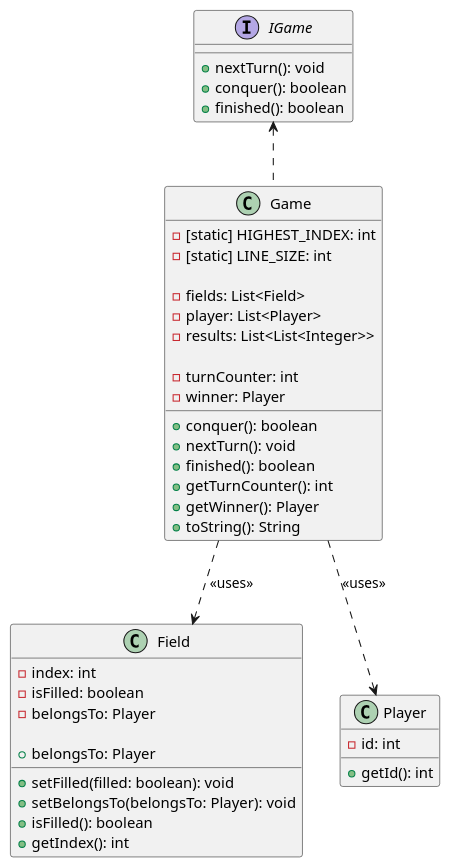
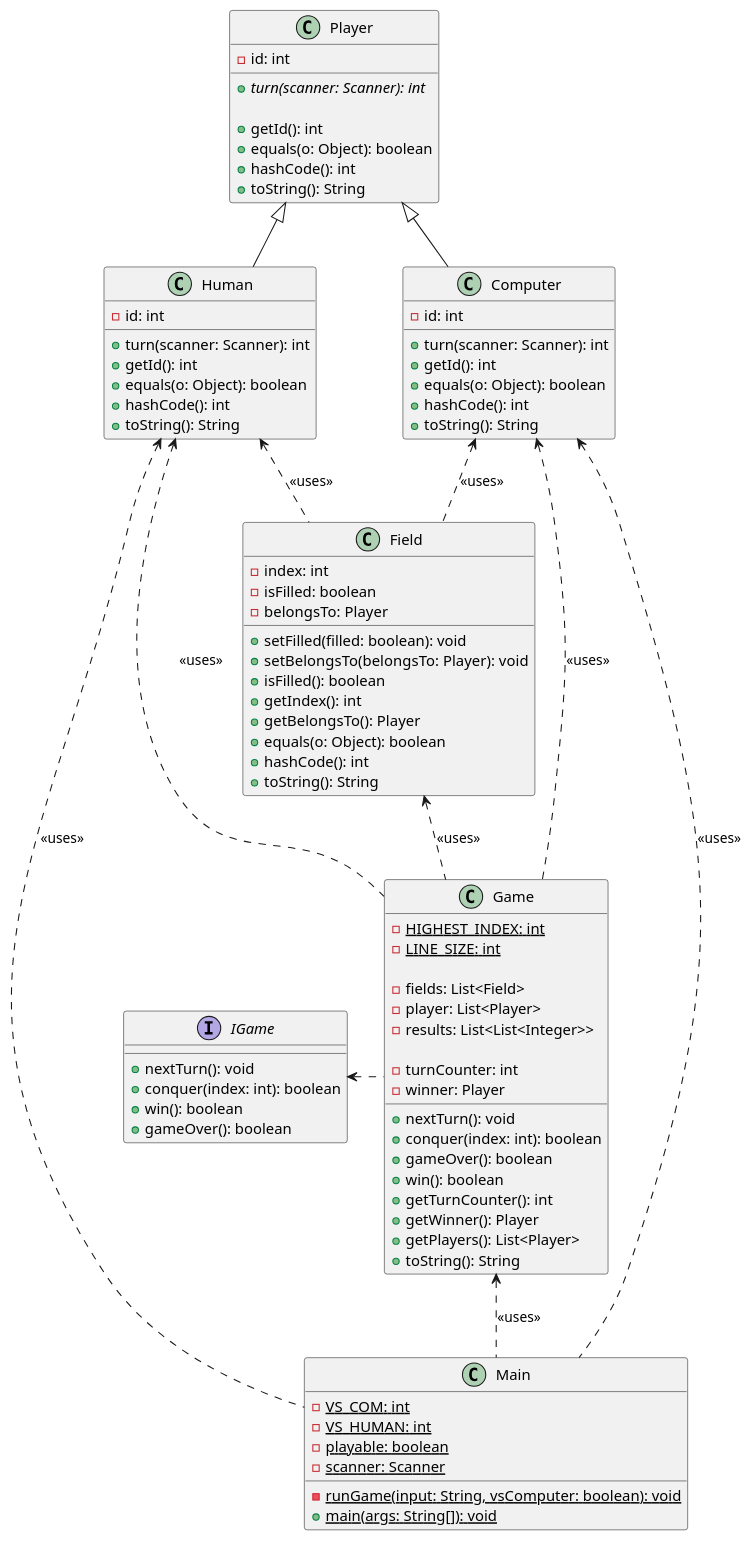
One commit to rnefzger/tictactoe changed the diagram in doc/connections.puml. Above: the diagram before and after it, drawn with PlantUML.

Commit message:
Complete connections.puml

```diff
--- a/doc/connections.puml
+++ b/doc/connections.puml
@@ -1,51 +1,103 @@
 @startuml
 
 class Field {
     -index: int
     -isFilled: boolean
     -belongsTo: Player
 
     +setFilled(filled: boolean): void
     +setBelongsTo(belongsTo: Player): void
     +isFilled(): boolean
     +getIndex(): int
-    +belongsTo: Player
+    +getBelongsTo(): Player
+    +equals(o: Object): boolean
+    +hashCode(): int
+    +toString(): String
 }
 
 class Game {
-    -[static] HIGHEST_INDEX: int
-    -[static] LINE_SIZE: int
+    -{static} HIGHEST_INDEX: int
+    -{static} LINE_SIZE: int
 
     -fields: List<Field>
     -player: List<Player>
     -results: List<List<Integer>>
 
     -turnCounter: int
     -winner: Player
 
-    +conquer(): boolean
     +nextTurn(): void
-    +finished(): boolean
+    +conquer(index: int): boolean
+    +gameOver(): boolean
+    +win(): boolean
     +getTurnCounter(): int
     +getWinner(): Player
+    +getPlayers(): List<Player>
     +toString(): String
 }
 
 interface IGame {
     +nextTurn(): void
-    +conquer(): boolean
-    +finished(): boolean
+    +conquer(index: int): boolean
+    +win(): boolean
+    +gameOver(): boolean
 }
 
 class Player {
     -id: int
 
+    +{abstract} turn(scanner: Scanner): int
+
     +getId(): int
+    +equals(o: Object): boolean
+    +hashCode(): int
+    +toString(): String
 }
 
-Game .up.> IGame
+class Human {
+    -id: int
 
-Game ..> Field : <<uses>>
-Game ..> Player : <<uses>>
+    +turn(scanner: Scanner): int
+    +getId(): int
+    +equals(o: Object): boolean
+    +hashCode(): int
+    +toString(): String
+}
+
+class Computer {
+    -id: int
+
+    +turn(scanner: Scanner): int
+    +getId(): int
+    +equals(o: Object): boolean
+    +hashCode(): int
+    +toString(): String
+}
+
+class Main {
+    -{static} VS_COM: int
+    -{static} VS_HUMAN: int
+    -{static} playable: boolean
+    -{static} scanner: Scanner
+
+    -{static} runGame(input: String, vsComputer: boolean): void
+    +{static} main(args: String[]): void
+}
+
+Game .left.> IGame
+
+Game .up.> Field : <<uses>>
+Game .up.> Human : <<uses>>
+Game .up.> Computer : <<uses>>
+
+Human -up-|> Player
+Computer -up-|> Player
+
+Field .up.> Human : <<uses>>
+Field .up.> Computer : <<uses>>
+
+Main .up.> Computer : <<uses>>
+Main .up.> Human : <<uses>>
+Main .up.> Game : <<uses>>
 
 @enduml
```
